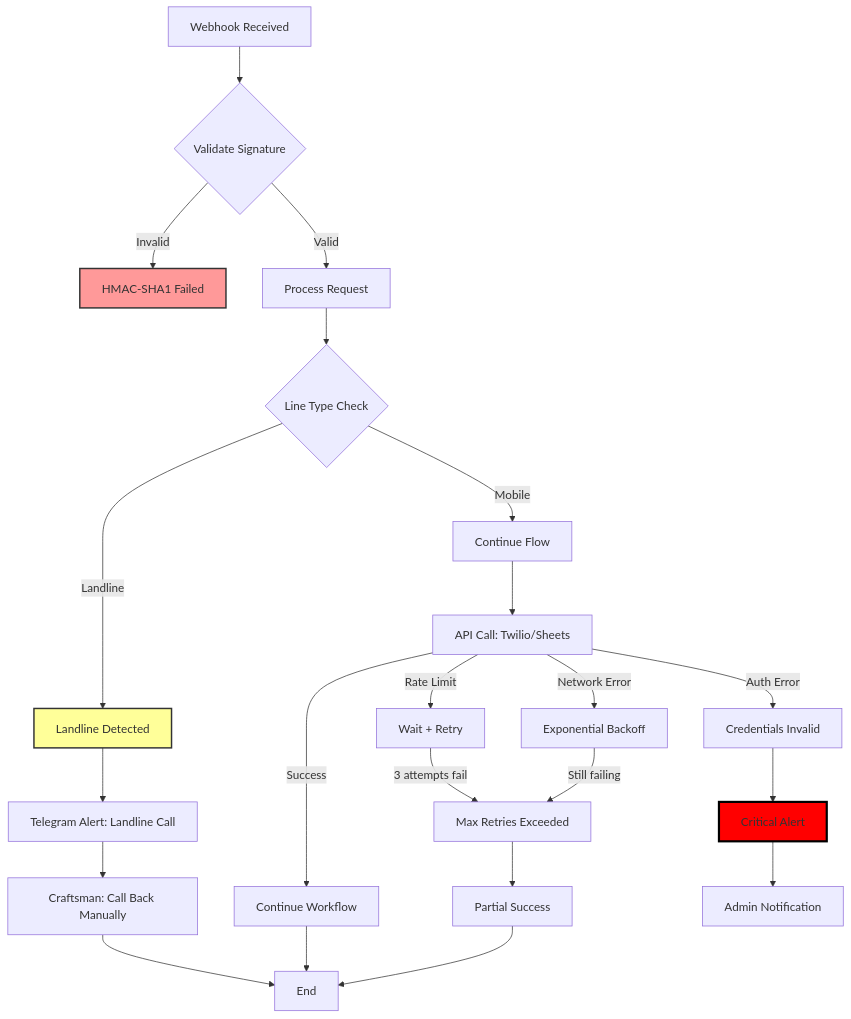
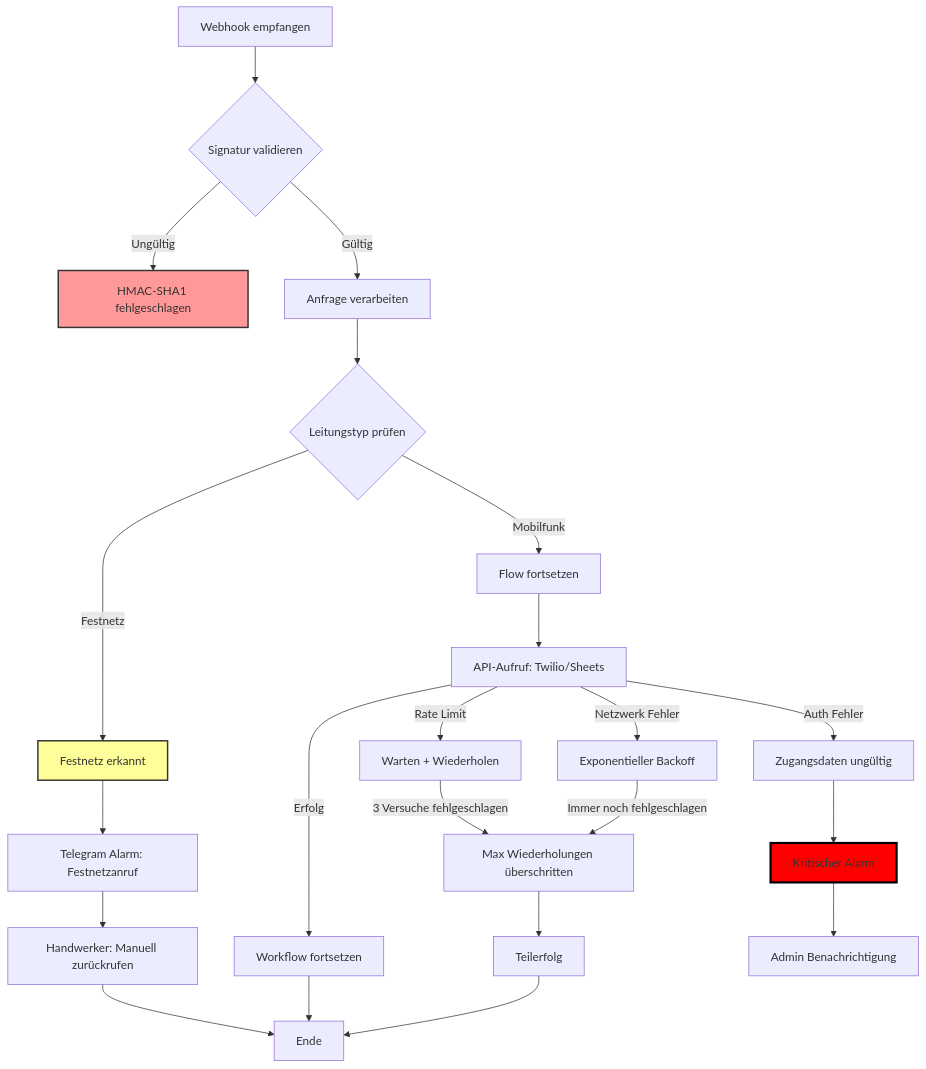
The eighth of 9 diagrams in ARCHITECTURE.md (avion23/meisteranruf-backend), drawn with Mermaid before and after one commit. The commit also changed other lines of this file and 3 other files, not shown here.

````diff
--- a/ARCHITECTURE.md
+++ b/ARCHITECTURE.md
@@ -305,37 +305,37 @@
 ```mermaid
 flowchart TD
-    Start[Webhook Received] --> Validate{Validate Signature}
+    Start[Webhook empfangen] --> Validate{Signatur validieren}
     
-    Validate -->|Invalid| Security[HMAC-SHA1 Failed]
-    Validate -->|Valid| Process[Process Request]
+    Validate -->|Ungültig| Security[HMAC-SHA1 fehlgeschlagen]
+    Validate -->|Gültig| Process[Anfrage verarbeiten]
     
-    Process --> CheckType{Line Type Check}
+    Process --> CheckType{Leitungstyp prüfen}
     
-    CheckType -->|Mobile| Proceed[Continue Flow]
-    CheckType -->|Landline| Landline[Landline Detected]
+    CheckType -->|Mobilfunk| Proceed[Flow fortsetzen]
+    CheckType -->|Festnetz| Landline[Festnetz erkannt]
     
-    Landline --> AlertTG[Telegram Alert: Landline Call]
-    AlertTG --> ManualNotify[Craftsman: Call Back Manually]
-    ManualNotify --> End[End]
+    Landline --> AlertTG[Telegram Alarm: Festnetzanruf]
+    AlertTG --> ManualNotify[Handwerker: Manuell zurückrufen]
+    ManualNotify --> End[Ende]
     
-    Proceed --> API[API Call: Twilio/Sheets]
+    Proceed --> API[API-Aufruf: Twilio/Sheets]
     
-    API -->|Success| Success[Continue Workflow]
-    API -->|Rate Limit| Retry[Wait + Retry]
-    API -->|Auth Error| AuthFail[Credentials Invalid]
-    API -->|Network Error| NetRetry[Exponential Backoff]
+    API -->|Erfolg| Success[Workflow fortsetzen]
+    API -->|Rate Limit| Retry[Warten + Wiederholen]
+    API -->|Auth Fehler| AuthFail[Zugangsdaten ungültig]
+    API -->|Netzwerk Fehler| NetRetry[Exponentieller Backoff]
     
-    Retry -->|3 attempts fail| FailMax[Max Retries Exceeded]
-    NetRetry -->|Still failing| FailMax
-    AuthFail --> Critical[Critical Alert]
+    Retry -->|3 Versuche fehlgeschlagen| FailMax[Max Wiederholungen überschritten]
+    NetRetry -->|Immer noch fehlgeschlagen| FailMax
+    AuthFail --> Critical[Kritischer Alarm]
     
-    FailMax --> Partial[Partial Success]
-    Critical --> Admin[Admin Notification]
+    FailMax --> Partial[Teilerfolg]
+    Critical --> Admin[Admin Benachrichtigung]
     
     Success --> End
     Partial --> End
     
     style Security fill:#f99,stroke:#333,stroke-width:2px
     style Critical fill:#f00,stroke:#000,stroke-width:3px
     style Landline fill:#ff9,stroke:#333,stroke-width:2px
 ```
````
